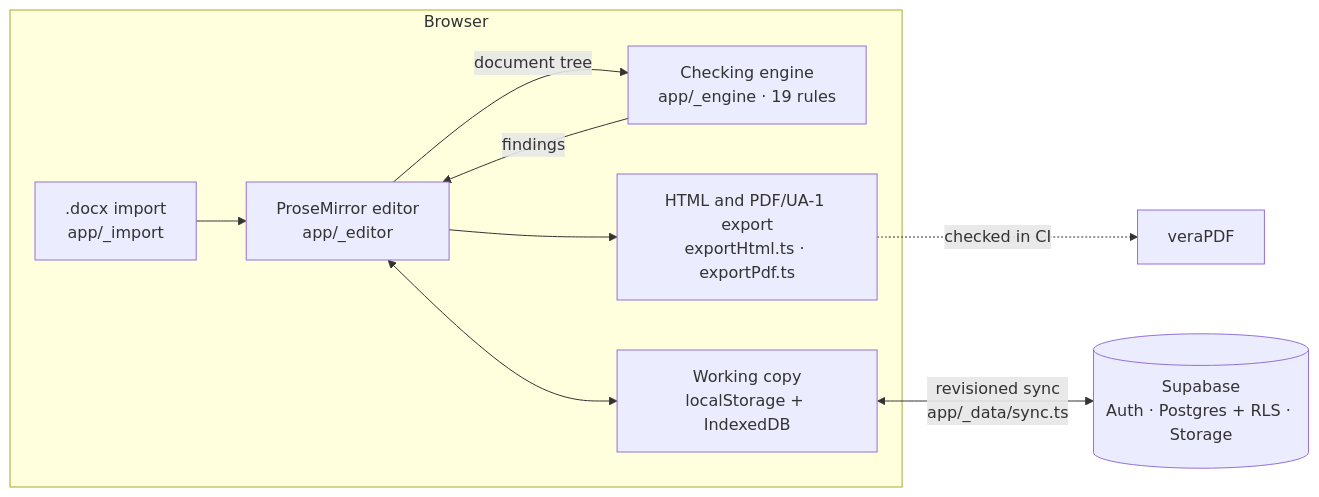
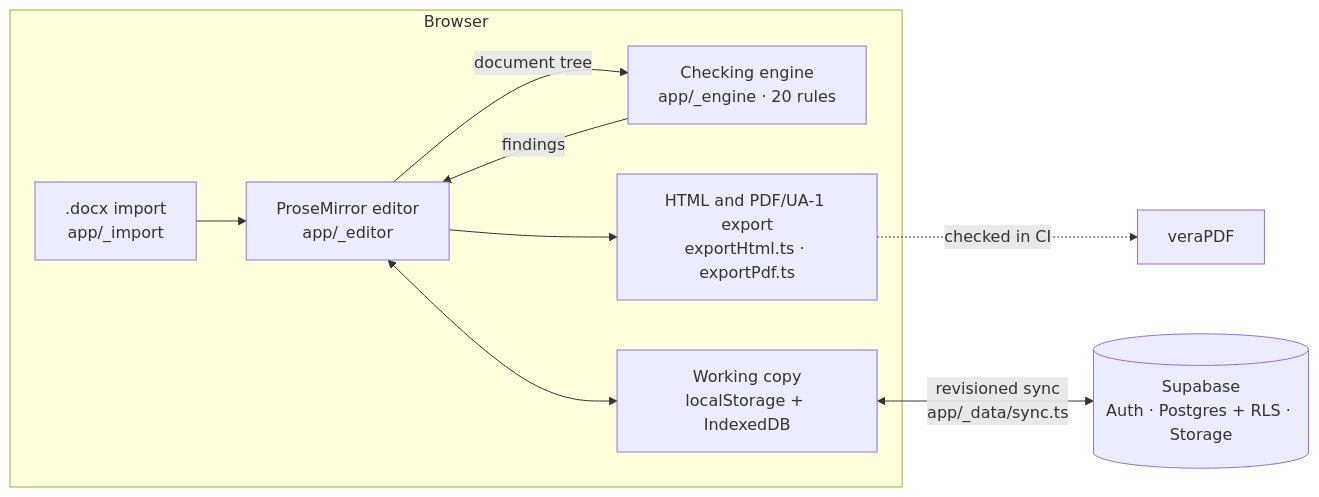
One commit to Ruckus000/Ada-editor changed the diagram in README.md. Above: the diagram before and after it, drawn with Mermaid. The commit also changed other lines of this file and 8 other files, not shown here.

````diff
--- a/README.md
+++ b/README.md
@@ -166,12 +166,12 @@
 ```mermaid
 flowchart LR
   subgraph Browser
     IM[".docx import<br/>app/_import"] --> ED["ProseMirror editor<br/>app/_editor"]
-    ED -- "document tree" --> EN["Checking engine<br/>app/_engine · 19 rules"]
+    ED -- "document tree" --> EN["Checking engine<br/>app/_engine · 20 rules"]
     EN -- "findings" --> ED
     ED --> EX["HTML and PDF/UA-1 export<br/>exportHtml.ts · exportPdf.ts"]
     ED <--> ST["Working copy<br/>localStorage + IndexedDB"]
   end
   ST <-- "revisioned sync<br/>app/_data/sync.ts" --> SB[("Supabase<br/>Auth · Postgres + RLS · Storage")]
   EX -. "checked in CI" .-> VP["veraPDF"]
 ```
````
